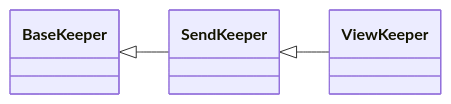
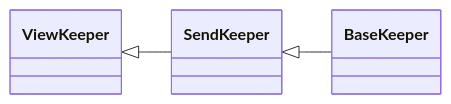
The diagram in examples/cosmos-bank/cosmos-bank.md (quint-co/quint), drawn with Mermaid before and after one commit.

Commit message:
update the diagram

````diff
--- a/examples/cosmos-bank/cosmos-bank.md
+++ b/examples/cosmos-bank/cosmos-bank.md
@@ -258,6 +258,6 @@
 ```mermaid
 classDiagram
     direction LR
-    BaseKeeper <|-- SendKeeper
-    SendKeeper <|-- ViewKeeper
+    ViewKeeper <|-- SendKeeper
+    SendKeeper <|-- BaseKeeper
 ```
````
